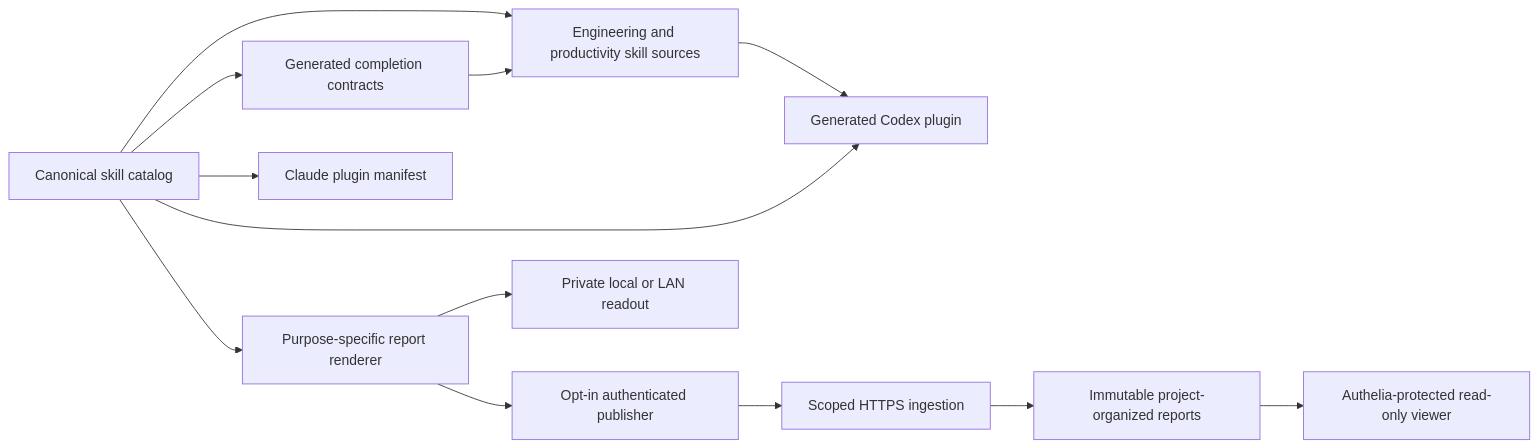
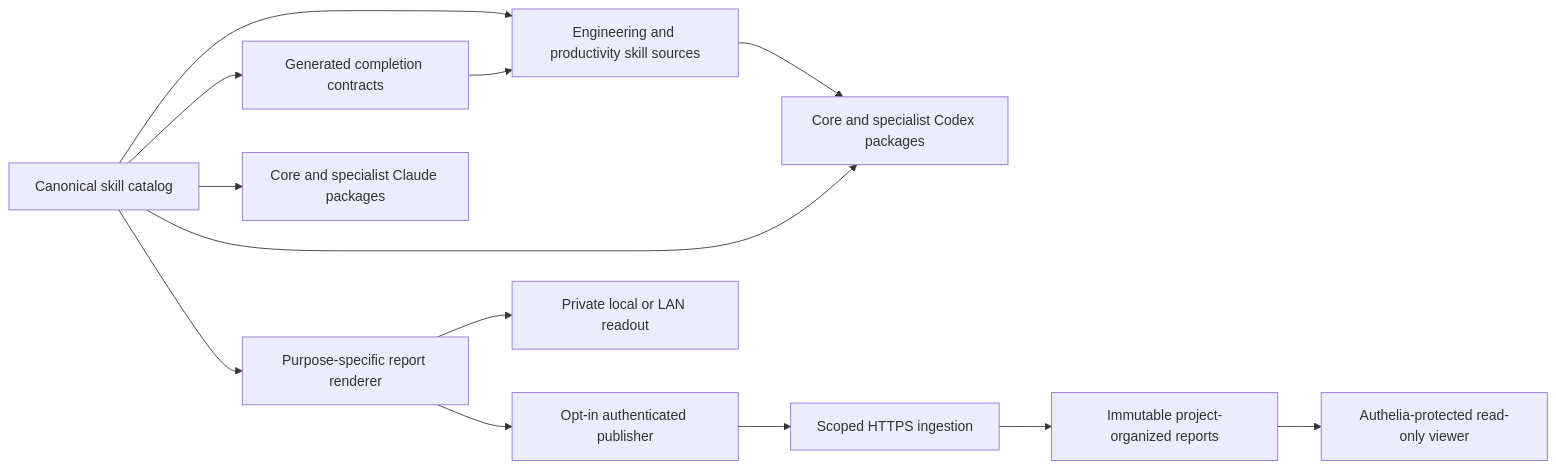
One commit to quickstark/skills changed the diagram in docs/architecture.md. Above: the diagram before and after it, drawn with Mermaid. The commit also changed other lines of this file and 177 other files, not shown here.

````diff
--- a/docs/architecture.md
+++ b/docs/architecture.md
@@ -7,15 +7,15 @@
 ```mermaid
 flowchart LR
     catalog["Canonical skill catalog"] --> sources["Engineering and productivity skill sources"]
     catalog --> contracts["Generated completion contracts"]
-    catalog --> claude["Claude plugin manifest"]
-    catalog --> codex["Generated Codex plugin"]
+    catalog --> claude["Core and specialist Claude packages"]
+    catalog --> codex["Core and specialist Codex packages"]
     catalog --> renderer["Purpose-specific report renderer"]
     sources --> codex
     contracts --> sources
     renderer --> local["Private local or LAN readout"]
     renderer --> publisher["Opt-in authenticated publisher"]
     publisher --> ingestion["Scoped HTTPS ingestion"]
     ingestion --> storage["Immutable project-organized reports"]
     storage --> viewer["Authelia-protected read-only viewer"]
 ```
````
